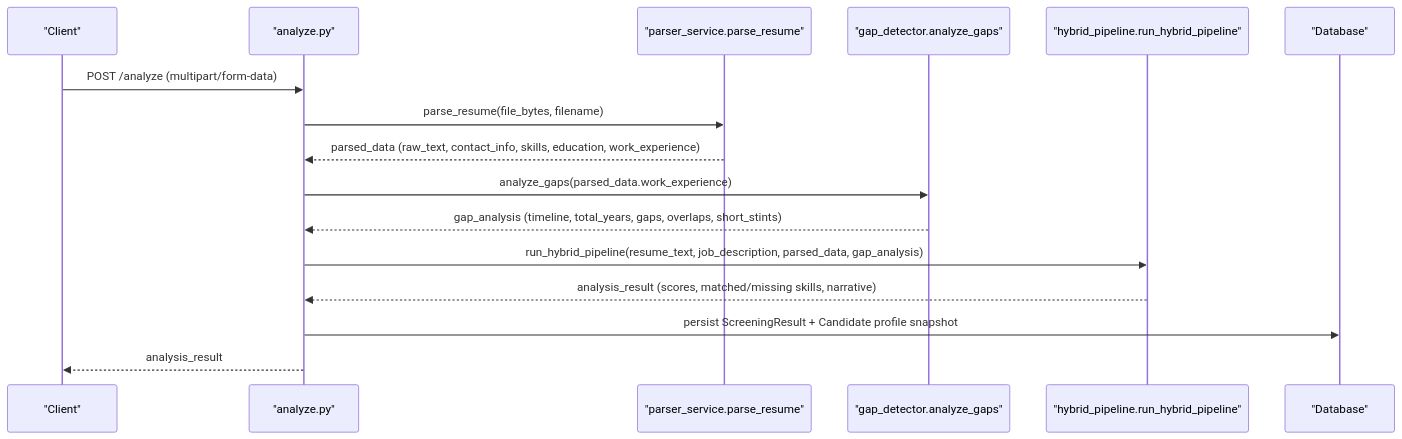
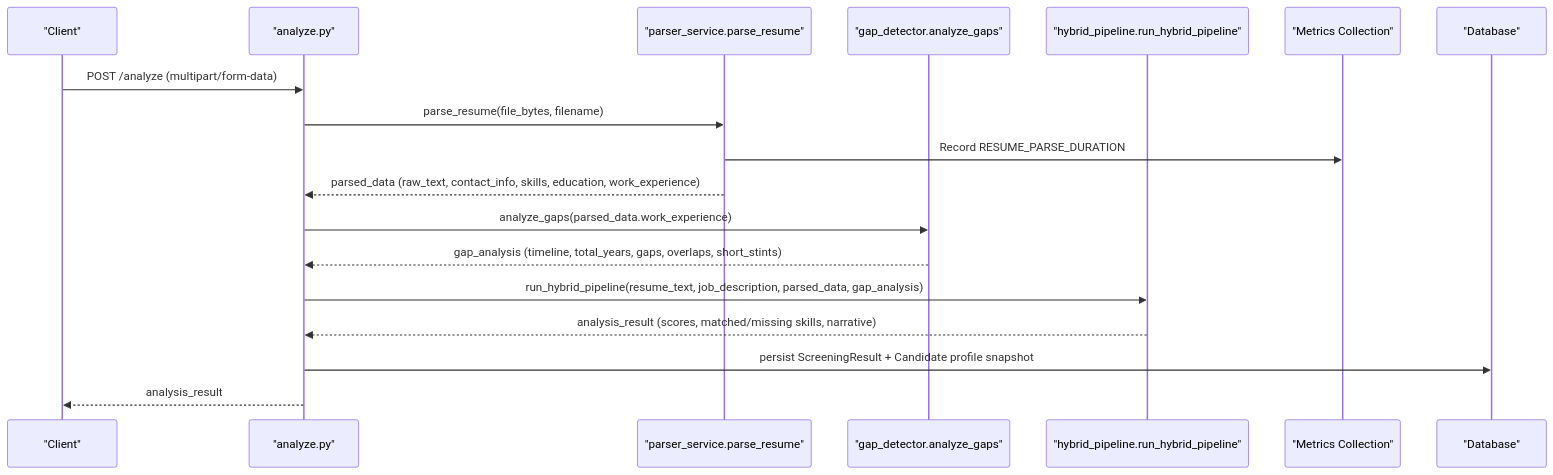
One commit to Revanththetalogics/aireume changed the second of 11 diagrams in .qoder/repowiki/en/content/Analysis Engine/Parser Service.md. Above: the diagram before and after it, drawn with Mermaid. The commit also changed other lines of this file and 33 other files, not shown here.

````diff
--- a/.qoder/repowiki/en/content/Analysis Engine/Parser Service.md
+++ b/.qoder/repowiki/en/content/Analysis Engine/Parser Service.md
@@ -109,18 +138,20 @@
 ```mermaid
 sequenceDiagram
 participant Client as "Client"
 participant Route as "analyze.py"
 participant Parser as "parser_service.parse_resume"
 participant Gap as "gap_detector.analyze_gaps"
 participant Hybrid as "hybrid_pipeline.run_hybrid_pipeline"
+participant Metrics as "Metrics Collection"
 participant DB as "Database"
 Client->>Route : POST /analyze (multipart/form-data)
 Route->>Parser : parse_resume(file_bytes, filename)
+Parser->>Metrics : Record RESUME_PARSE_DURATION
 Parser-->>Route : parsed_data (raw_text, contact_info, skills, education, work_experience)
 Route->>Gap : analyze_gaps(parsed_data.work_experience)
 Gap-->>Route : gap_analysis (timeline, total_years, gaps, overlaps, short_stints)
 Route->>Hybrid : run_hybrid_pipeline(resume_text, job_description, parsed_data, gap_analysis)
 Hybrid-->>Route : analysis_result (scores, matched/missing skills, narrative)
 Route->>DB : persist ScreeningResult + Candidate profile snapshot
 Route-->>Client : analysis_result
 ```
````
